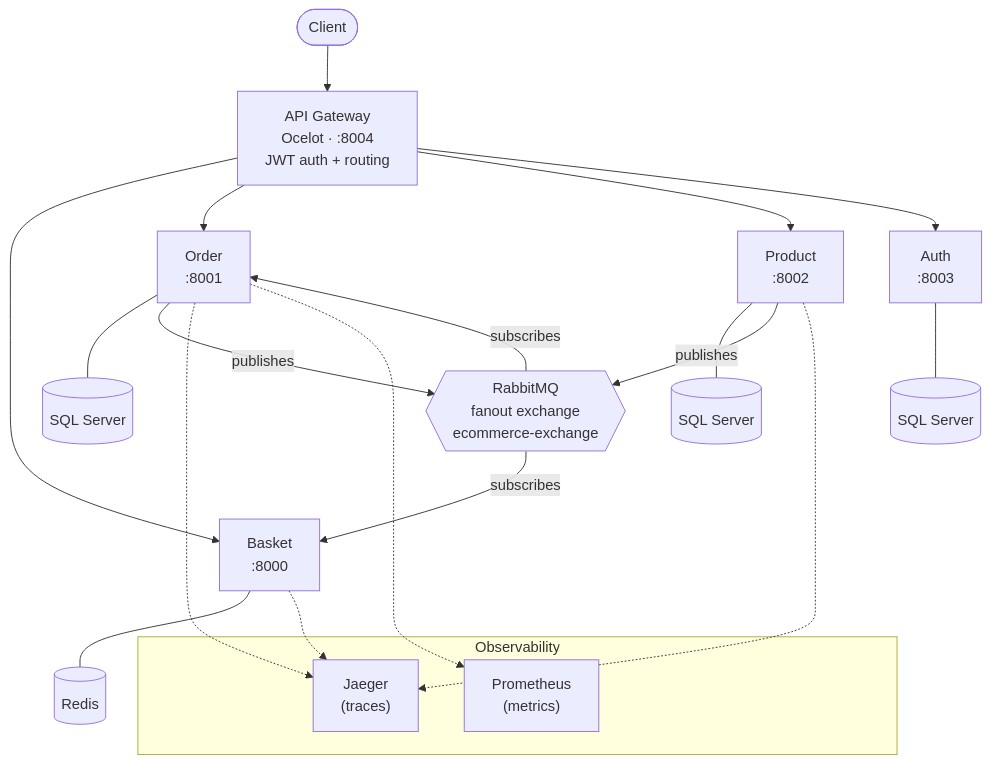
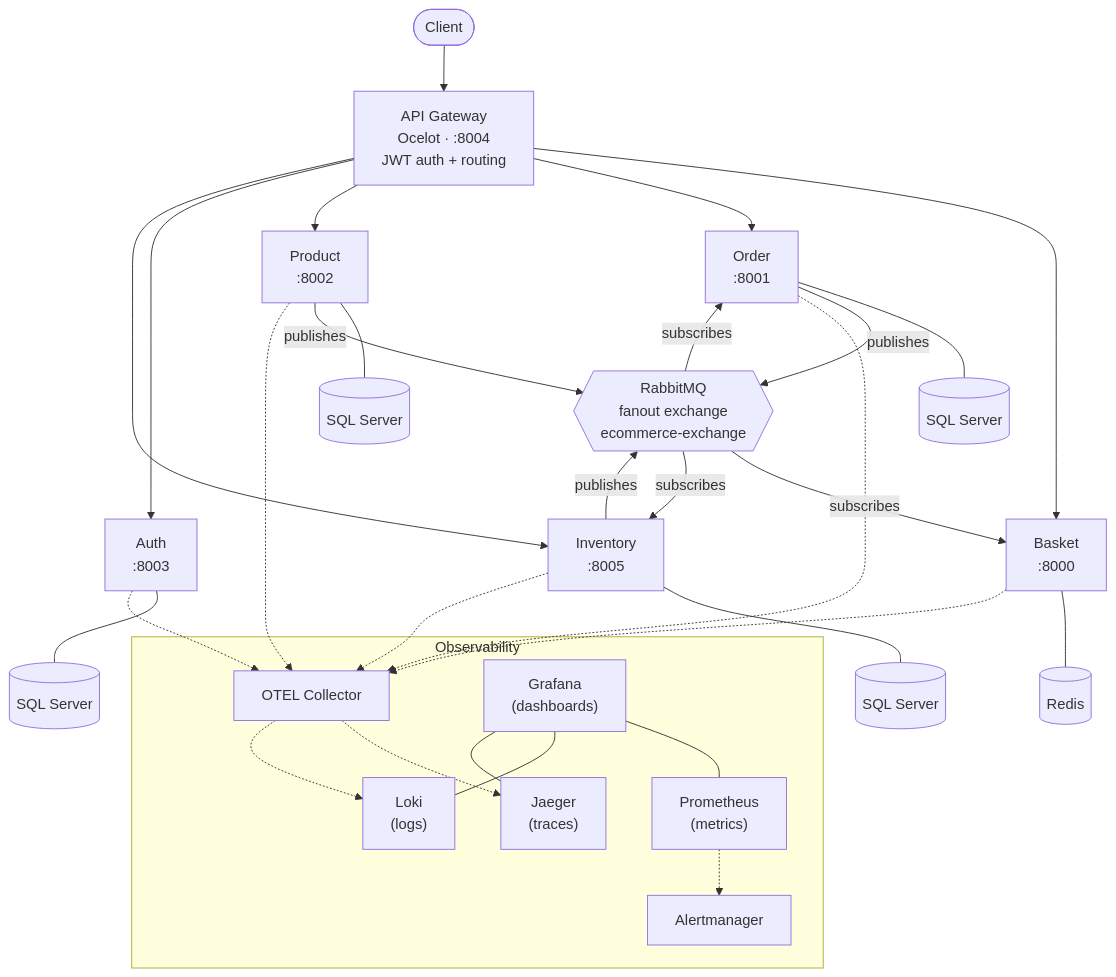
One commit to daonhan/Microservices-in-.NET changed the diagram in README.md. Above: the diagram before and after it, drawn with Mermaid. The commit also changed other lines of this file, not shown here.

Commit message:
feat(observability): enhance architecture diagram and update service responsibilities for Inventory

````diff
--- a/README.md
+++ b/README.md
@@ -7,29 +7,44 @@
 ```mermaid
 graph TD
     Client([Client]) --> GW["API Gateway<br/>Ocelot · :8004<br/>JWT auth + routing"]
 
     GW --> Basket["Basket<br/>:8000"]
     GW --> Order["Order<br/>:8001"]
     GW --> Product["Product<br/>:8002"]
     GW --> Auth["Auth<br/>:8003"]
+    GW --> Inventory["Inventory<br/>:8005"]
 
     Basket --- Redis[(Redis)]
     Order --- SQLOrder[(SQL Server)]
     Product --- SQLProduct[(SQL Server)]
     Auth --- SQLAuth[(SQL Server)]
+    Inventory --- SQLInventory[(SQL Server)]
 
     Order -- publishes --> RabbitMQ{{"RabbitMQ<br/>fanout exchange<br/>ecommerce-exchange"}}
     Product -- publishes --> RabbitMQ
+    Inventory -- publishes --> RabbitMQ
     RabbitMQ -- subscribes --> Basket
     RabbitMQ -- subscribes --> Order
+    RabbitMQ -- subscribes --> Inventory
 
     subgraph Observability
+        OTEL["OTEL Collector"]
         Jaeger["Jaeger<br/>(traces)"]
         Prometheus["Prometheus<br/>(metrics)"]
+        Loki["Loki<br/>(logs)"]
+        Grafana["Grafana<br/>(dashboards)"]
+        Alertmanager["Alertmanager"]
     end
 
-    Basket -.-> Jaeger
-    Order -.-> Jaeger
-    Product -.-> Jaeger
-    Order -.-> Prometheus
+    Basket -.-> OTEL
+    Order -.-> OTEL
+    Product -.-> OTEL
+    Auth -.-> OTEL
+    Inventory -.-> OTEL
+    OTEL -.-> Jaeger
+    OTEL -.-> Loki
+    Prometheus -.-> Alertmanager
+    Grafana --- Prometheus
+    Grafana --- Loki
+    Grafana --- Jaeger
 ```
````
